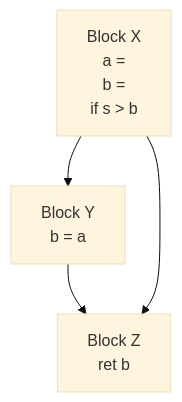
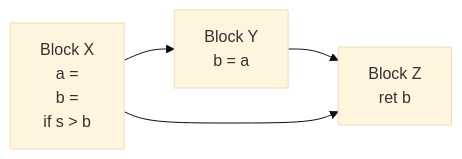
The sixth of 14 diagrams in lectures/06_ssa.qmd (normrubin/normrubin.github.io), drawn with Mermaid (base theme) before and after one commit. The commit also changed other lines of this file and 4 other files, not shown here.

````diff
--- a/lectures/06_ssa.qmd
+++ b/lectures/06_ssa.qmd
@@ -231,14 +300,15 @@
 ```{mermaid}
-graph TB
+%%{init: {"flowchart": {"htmlLabels": false}} }%%
+graph LR
 X["Block X
    a = 
    b = 
    if s > b"]
 Y["Block Y
   b = a"]
 Z["Block Z
 ret b"]
-X--> Y
+X --> Y
 Y--> Z
 X --> Z
 ```
````
